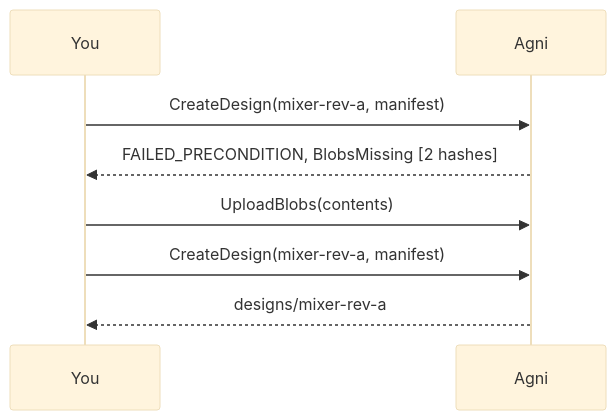
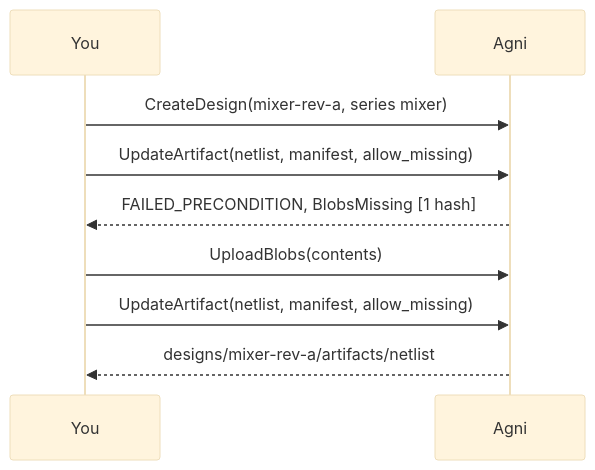
The first of 4 diagrams in examples/keep-a-design/walkthrough.md (panyam/agni), drawn with Mermaid (base theme) before and after one commit. The commit also changed other lines of this file and 69 other files, not shown here.

First line of the commit message:
Keep a stored design's files as artifacts, and add agni designs and agni projects

````diff
--- a/examples/keep-a-design/walkthrough.md
+++ b/examples/keep-a-design/walkthrough.md
@@ -21,8 +21,9 @@
 ```mermaid
 sequenceDiagram
-You ->> Agni: CreateDesign(mixer-rev-a, manifest)
-Agni -->> You: FAILED_PRECONDITION, BlobsMissing [2 hashes]
+You ->> Agni: CreateDesign(mixer-rev-a, series mixer)
+You ->> Agni: UpdateArtifact(netlist, manifest, allow_missing)
+Agni -->> You: FAILED_PRECONDITION, BlobsMissing [1 hash]
 You ->> Agni: UploadBlobs(contents)
-You ->> Agni: CreateDesign(mixer-rev-a, manifest)
-Agni -->> You: designs/mixer-rev-a
+You ->> Agni: UpdateArtifact(netlist, manifest, allow_missing)
+Agni -->> You: designs/mixer-rev-a/artifacts/netlist
 ```
````
